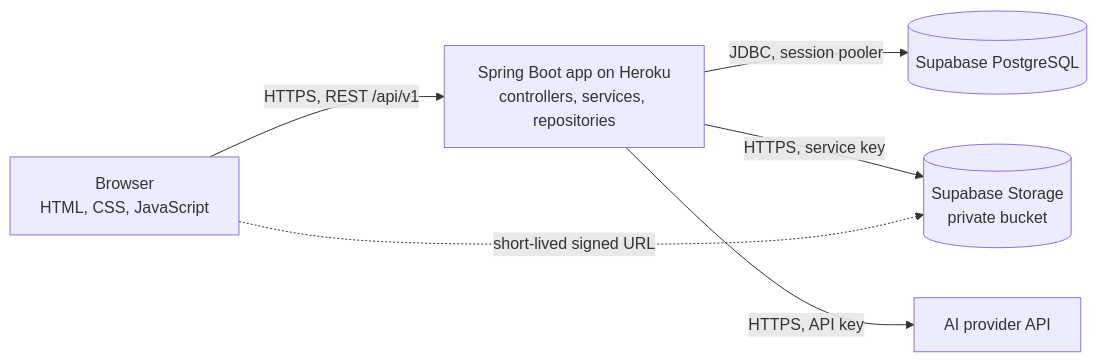
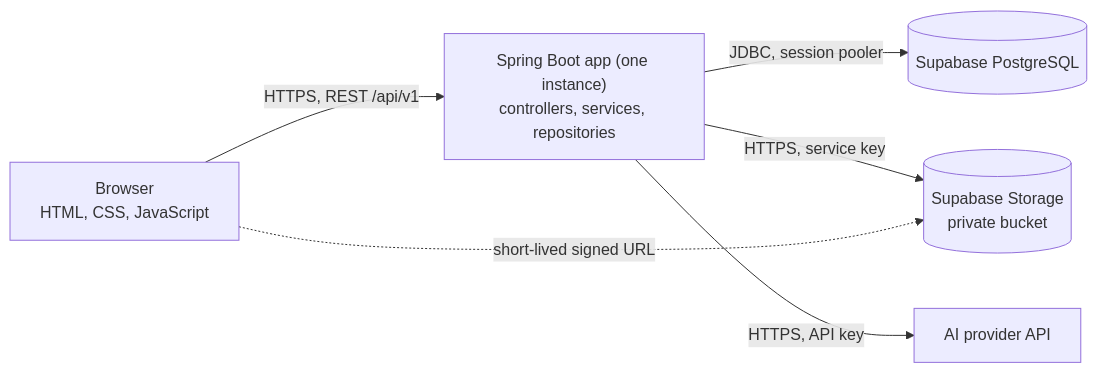
One commit to Laxmansirvi05/student-management-system changed the diagram in README.md. Above: the diagram before and after it, drawn with Mermaid. The commit also changed other lines of this file and 4 other files, not shown here.

````diff
--- a/README.md
+++ b/README.md
@@ -40,8 +40,8 @@
 ```mermaid
 flowchart LR
-    B["Browser<br/>HTML, CSS, JavaScript"] -->|"HTTPS, REST /api/v1"| S["Spring Boot app on Heroku<br/>controllers, services, repositories"]
+    B["Browser<br/>HTML, CSS, JavaScript"] -->|"HTTPS, REST /api/v1"| S["Spring Boot app (one instance)<br/>controllers, services, repositories"]
     S -->|"JDBC, session pooler"| D[("Supabase PostgreSQL")]
     S -->|"HTTPS, service key"| F[("Supabase Storage<br/>private bucket")]
     S -->|"HTTPS, API key"| A["AI provider API"]
     B -.->|"short-lived signed URL"| F
 ```
````
